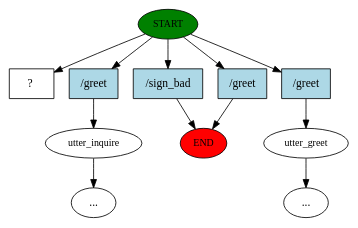
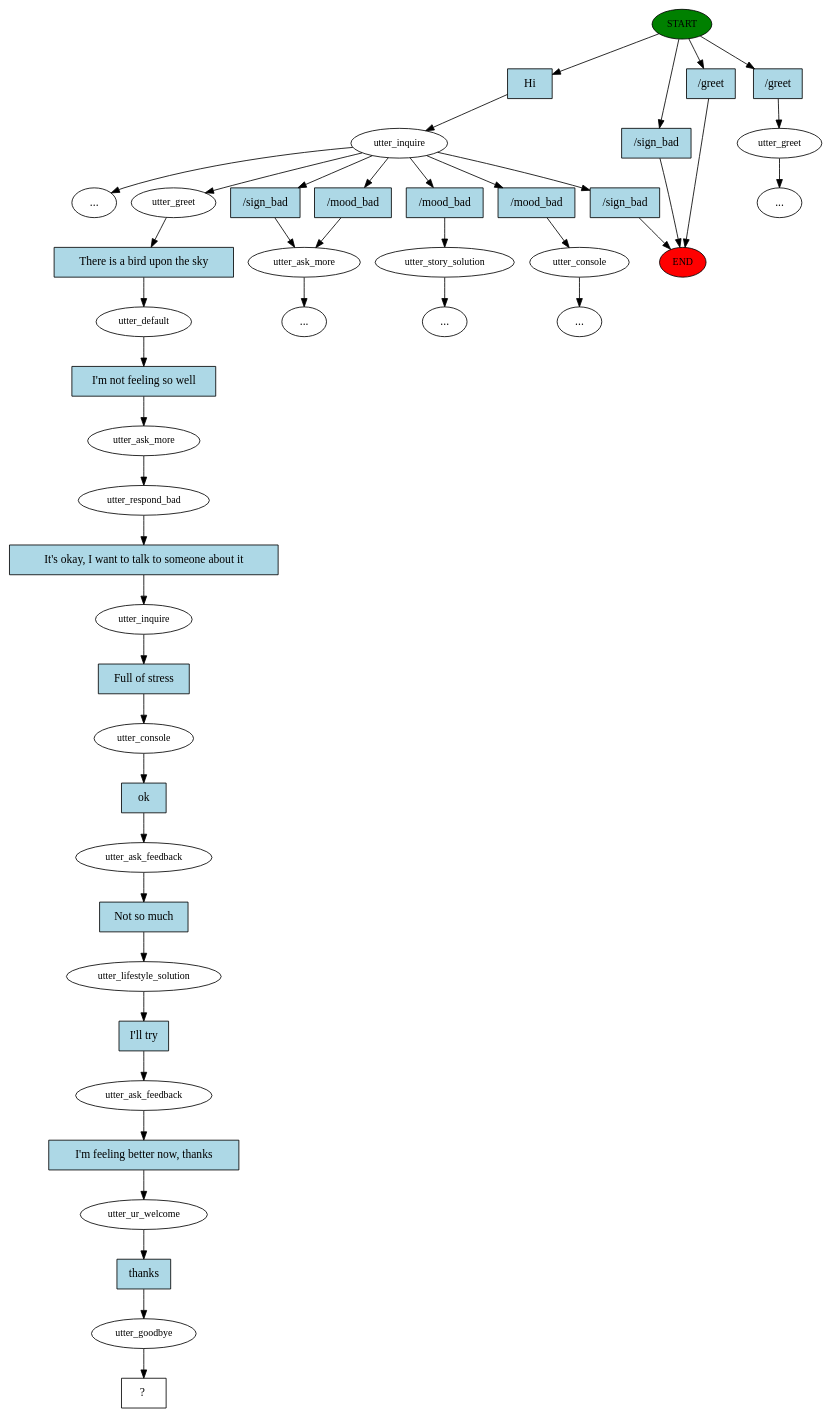
One commit to greenwichdn/AIGC changed the diagram in story_graph.dot. Above: the diagram before and after it, drawn with Graphviz. The commit also changed 9 other files, not shown here.

```diff
--- a/story_graph.dot
+++ b/story_graph.dot
@@ -1,24 +1,88 @@
 digraph  {
 0 [class="start active", fillcolor=green, fontsize=12, label=START, style=filled];
 "-1" [class=end, fillcolor=red, fontsize=12, label=END, style=filled];
-1 [class="", fontsize=12, label=utter_inquire];
-23 [class="", fontsize=12, label=utter_greet];
-"-30" [class=ellipsis, label="..."];
-"-34" [class=ellipsis, label="..."];
-33 [class="intent dashed active", label="  ?  ", shape=rect];
-34 [class=intent, fillcolor=lightblue, label="\/greet", shape=rect, style=filled];
-35 [class=intent, fillcolor=lightblue, label="\/sign_bad", shape=rect, style=filled];
-36 [class=intent, fillcolor=lightblue, label="\/greet", shape=rect, style=filled];
-37 [class=intent, fillcolor=lightblue, label="\/greet", shape=rect, style=filled];
-0 -> 33  [class=active, key=NONE, label=""];
-0 -> 34  [class="", key=0];
-0 -> 35  [class="", key=0];
-0 -> 36  [class="", key=0];
-0 -> 37  [class="", key=0];
-1 -> "-34"  [class="", key=NONE, label=""];
-23 -> "-30"  [class="", key=NONE, label=""];
-34 -> 1  [class="", key=0];
-35 -> "-1"  [class="", key=0];
-36 -> "-1"  [class="", key=0];
-37 -> 23  [class="", key=0];
+1 [class=active, fontsize=12, label=utter_inquire];
+2 [class="", fontsize=12, label=utter_ask_more];
+9 [class="", fontsize=12, label=utter_story_solution];
+34 [class="", fontsize=12, label=utter_greet];
+"-27" [class=ellipsis, label="..."];
+52 [class="", fontsize=12, label=utter_console];
+"-31" [class=ellipsis, label="..."];
+"-37" [class=ellipsis, label="..."];
+"-38" [class=ellipsis, label="..."];
+"-39" [class=ellipsis, label="..."];
+66 [class=active, fontsize=12, label=utter_greet];
+67 [class=active, fontsize=12, label=utter_default];
+68 [class=active, fontsize=12, label=utter_ask_more];
+69 [class=active, fontsize=12, label=utter_respond_bad];
+70 [class=active, fontsize=12, label=utter_inquire];
+71 [class=active, fontsize=12, label=utter_console];
+72 [class=active, fontsize=12, label=utter_ask_feedback];
+73 [class=active, fontsize=12, label=utter_lifestyle_solution];
+74 [class=active, fontsize=12, label=utter_ask_feedback];
+75 [class=active, fontsize=12, label=utter_ur_welcome];
+76 [class=active, fontsize=12, label=utter_goodbye];
+77 [class="intent dashed active", label="  ?  ", shape=rect];
+78 [class="intent active", fillcolor=lightblue, label=Hi, shape=rect, style=filled];
+79 [class=intent, fillcolor=lightblue, label="\/sign_bad", shape=rect, style=filled];
+80 [class=intent, fillcolor=lightblue, label="\/greet", shape=rect, style=filled];
+81 [class=intent, fillcolor=lightblue, label="\/greet", shape=rect, style=filled];
+82 [class=intent, fillcolor=lightblue, label="\/sign_bad", shape=rect, style=filled];
+83 [class=intent, fillcolor=lightblue, label="\/mood_bad", shape=rect, style=filled];
+84 [class=intent, fillcolor=lightblue, label="\/sign_bad", shape=rect, style=filled];
+85 [class=intent, fillcolor=lightblue, label="\/mood_bad", shape=rect, style=filled];
+86 [class=intent, fillcolor=lightblue, label="\/mood_bad", shape=rect, style=filled];
+87 [class="intent active", fillcolor=lightblue, label="There\ is\ a\ bird\ upon\ the\ sky", shape=rect, style=filled];
+88 [class="intent active", fillcolor=lightblue, label="I\'m\ not\ feeling\ so\ well", shape=rect, style=filled];
+89 [class="intent active", fillcolor=lightblue, label="It\'s\ okay\,\ I\ want\ to\ talk\ to\ someone\ about\ it", shape=rect, style=filled];
+90 [class="intent active", fillcolor=lightblue, label="Full\ of\ stress", shape=rect, style=filled];
+91 [class="intent active", fillcolor=lightblue, label=ok, shape=rect, style=filled];
+92 [class="intent active", fillcolor=lightblue, label="Not\ so\ much", shape=rect, style=filled];
+93 [class="intent active", fillcolor=lightblue, label="I\'ll\ try", shape=rect, style=filled];
+94 [class="intent active", fillcolor=lightblue, label="I\'m\ feeling\ better\ now\,\ thanks", shape=rect, style=filled];
+95 [class="intent active", fillcolor=lightblue, label=thanks, shape=rect, style=filled];
+0 -> 78  [class=active, key=0];
+0 -> 79  [class="", key=0];
+0 -> 80  [class="", key=0];
+0 -> 81  [class="", key=0];
+1 -> "-37"  [class="", key=NONE, label=""];
+1 -> 66  [class=active, key=NONE, label=""];
+1 -> 82  [class="", key=0];
+1 -> 83  [class="", key=0];
+1 -> 84  [class="", key=0];
+1 -> 85  [class="", key=0];
+1 -> 86  [class="", key=0];
+2 -> "-39"  [class="", key=NONE, label=""];
+9 -> "-27"  [class="", key=NONE, label=""];
+34 -> "-38"  [class="", key=NONE, label=""];
+52 -> "-31"  [class="", key=NONE, label=""];
+66 -> 87  [class=active, key=0];
+67 -> 88  [class=active, key=0];
+68 -> 69  [class=active, key=NONE, label=""];
+69 -> 89  [class=active, key=0];
+70 -> 90  [class=active, key=0];
+71 -> 91  [class=active, key=0];
+72 -> 92  [class=active, key=0];
+73 -> 93  [class=active, key=0];
+74 -> 94  [class=active, key=0];
+75 -> 95  [class=active, key=0];
+76 -> 77  [class=active, key=NONE, label=""];
+78 -> 1  [class=active, key=0];
+79 -> "-1"  [class="", key=0];
+80 -> "-1"  [class="", key=0];
+81 -> 34  [class="", key=0];
+82 -> 2  [class="", key=0];
+83 -> 2  [class="", key=0];
+84 -> "-1"  [class="", key=0];
+85 -> 9  [class="", key=0];
+86 -> 52  [class="", key=0];
+87 -> 67  [class=active, key=0];
+88 -> 68  [class=active, key=0];
+89 -> 70  [class=active, key=0];
+90 -> 71  [class=active, key=0];
+91 -> 72  [class=active, key=0];
+92 -> 73  [class=active, key=0];
+93 -> 74  [class=active, key=0];
+94 -> 75  [class=active, key=0];
+95 -> 76  [class=active, key=0];
 }
```
